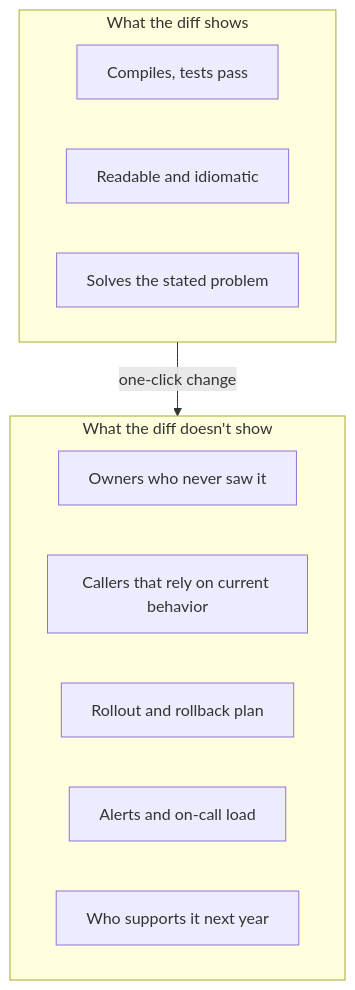
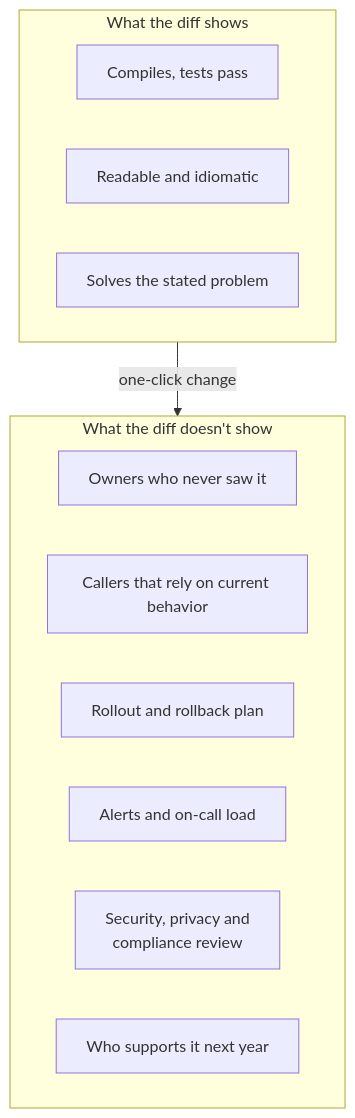
Before and after one commit to gopikrishtummala/gopikrishtummala.github.io: the first of 4 diagrams in src/data/blog/interview-prep/ai-assisted-coding-conscious-practice-and-interviews.md, drawn with Mermaid. The commit also changed other lines of this file and 15 other files, not shown here.

First line of the commit message:
Restore every diagram removed in the style.md cleanup

````diff
--- a/src/data/blog/interview-prep/ai-assisted-coding-conscious-practice-and-interviews.md
+++ b/src/data/blog/interview-prep/ai-assisted-coding-conscious-practice-and-interviews.md
@@ -39,16 +39,17 @@
 ```mermaid
 flowchart TB
   subgraph Visible["What the diff shows"]
     V1["Compiles, tests pass"]
     V2["Readable and idiomatic"]
     V3["Solves the stated problem"]
   end
   subgraph Hidden["What the diff doesn't show"]
     H1["Owners who never saw it"]
     H2["Callers that rely on current behavior"]
     H3["Rollout and rollback plan"]
     H4["Alerts and on-call load"]
-    H5["Who supports it next year"]
+    H5["Security, privacy and<br/>compliance review"]
+    H6["Who supports it next year"]
   end
   Visible -->|"one-click change"| Hidden
 ```
````
